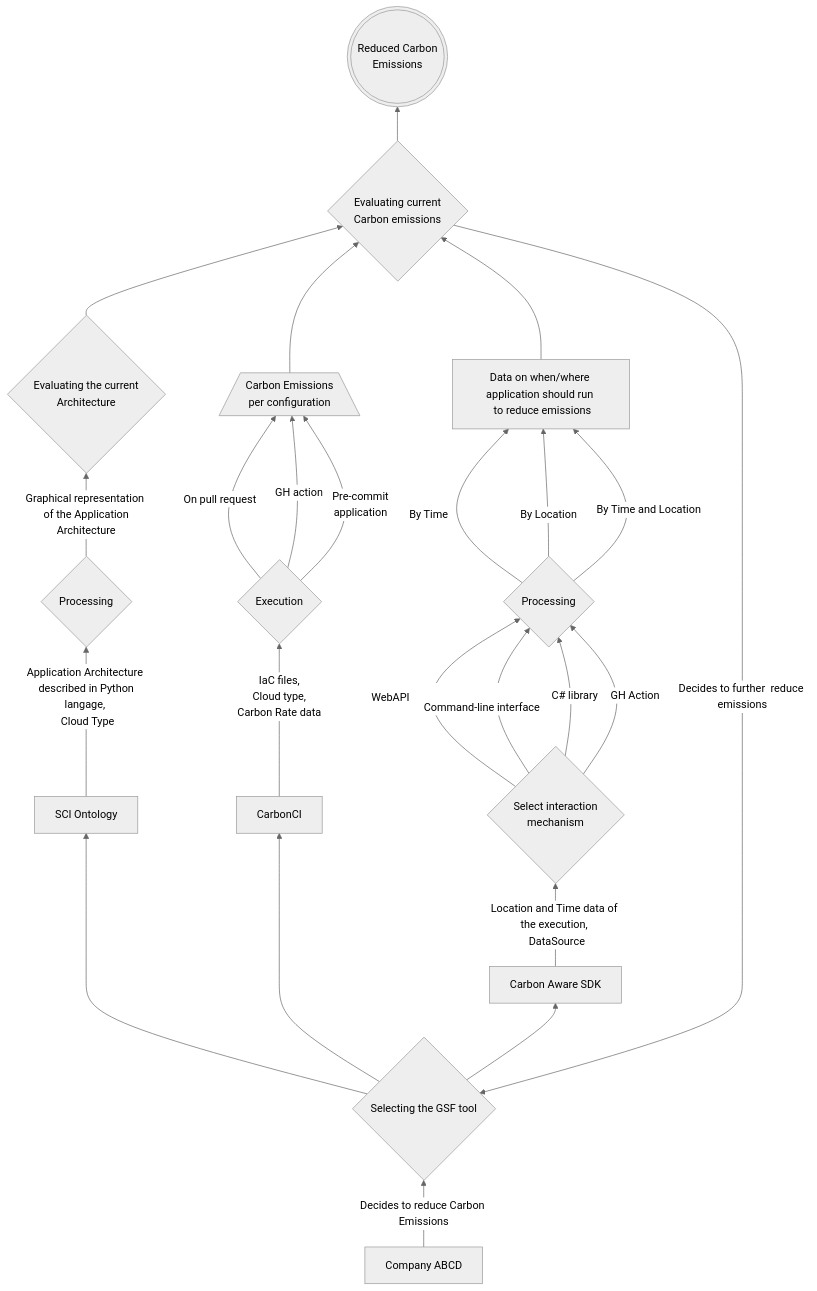
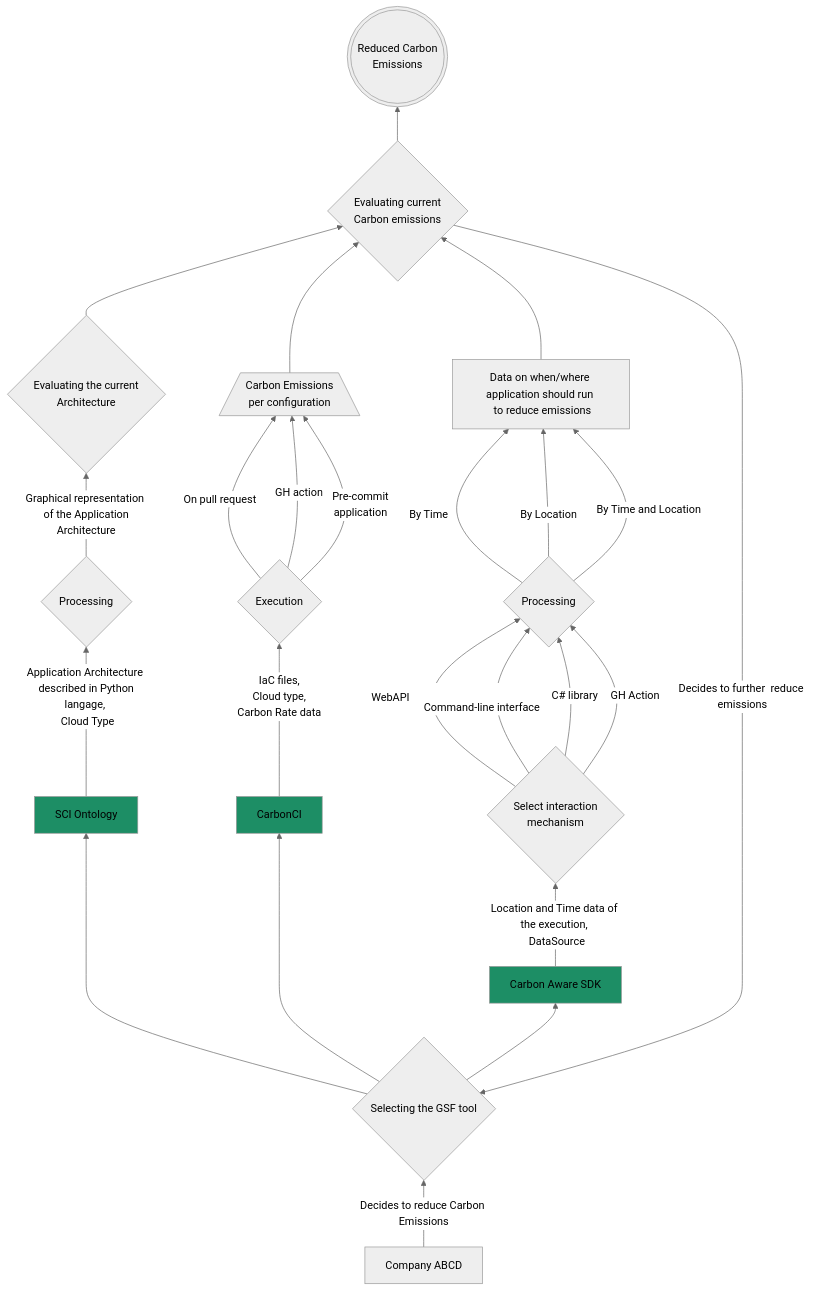
One commit to Green-Software-Foundation/opensource-wg changed the diagram in docs/gsf-projects-diagram.md. Above: the diagram before and after it, drawn with Mermaid (neutral theme).

Commit message:
Update gsf-projects-diagram.md
Added coloring for projects

````diff
--- a/docs/gsf-projects-diagram.md
+++ b/docs/gsf-projects-diagram.md
@@ -1,33 +1,27 @@
 ```mermaid
 flowchart BT
+classDef gsfProjectClass fill:#1d8e65
     0[Company ABCD] -->|Decides to reduce Carbon Emissions| 1
-    1{Selecting the GSF tool} --> 2[CarbonCI]
+    1{Selecting the GSF tool} --> 2[CarbonCI]:::gsfProjectClass
     2 --> |IaC files, \n Cloud type, \n Carbon Rate data| 3{Execution}
     3 --> |On pull request| 99[/Carbon Emissions \n per configuration\]
     3 --> |GH action| 99
     3 --> |Pre-commit \n application| 99
-
-
-    1 --> 26[Carbon Aware SDK]
+    1 --> 26[Carbon Aware SDK]:::gsfProjectClass
     26 --> |Location and Time data of the execution, \n DataSource| 26.5{Select interaction \n mechanism}
     26.5 --> |WebAPI| 27{Processing}
     26.5 --> |\n Command-line interface| 27
     26.5 --> |C# library| 27
     26.5 --> |GH Action| 27
     27 -->|By Time| 28[Data on when/where application should run \n to reduce emissions]
     27 -->|By Location| 28
     27 -->|By Time and Location| 28
-
-    1 --> 11[SCI Ontology]
+    1 --> 11[SCI Ontology]:::gsfProjectClass
     11 --> |Application Architecture \n described in Python langage, \n Cloud Type| 12{Processing}
     12 --> |Graphical representation \n of the Application Architecture| 13{Evaluating the current \n Architecture}
     13 --> 100
-
-
-
-
     99 --> 100{Evaluating current \n Carbon emissions}
     28 --> 100
     100 --> |Decides to further  reduce emissions| 1
     100 --> 101(((Reduced Carbon \n Emissions)))
 ```
````
